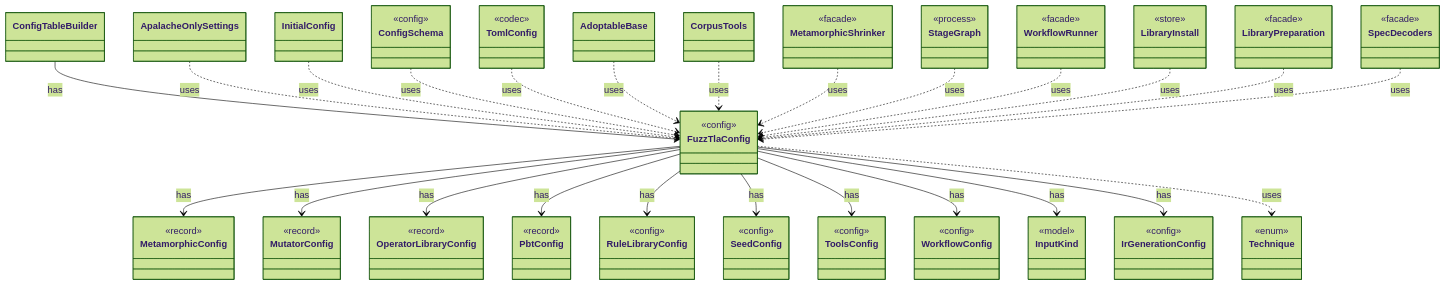
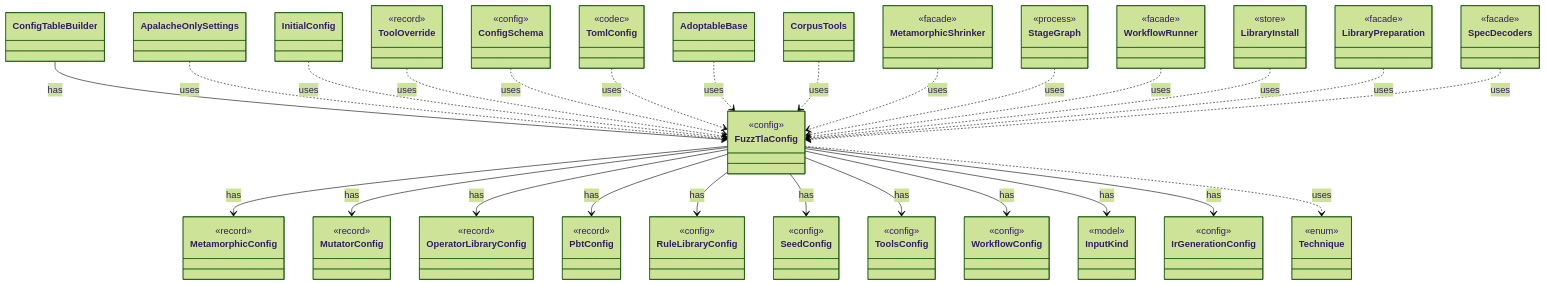
The diagram in dev/types/io.github.tlaplus.hardening.config.FuzzTlaConfig.md (tlaplus/model-checker-hardening), drawn with Mermaid (forest theme) before and after one commit. The commit also changed other lines of this file and 439 other files, not shown here.

```diff
--- a/dev/types/io.github.tlaplus.hardening.config.FuzzTlaConfig.md
+++ b/dev/types/io.github.tlaplus.hardening.config.FuzzTlaConfig.md
@@ -45,6 +45,9 @@
   }
   class ApalacheOnlySettings
   class InitialConfig
+  class ToolOverride {
+    <<record>>
+  }
   class ConfigSchema {
     <<config>>
   }
@@ -85,6 +88,7 @@
   FuzzTlaConfig ..> Technique : uses
   ApalacheOnlySettings ..> FuzzTlaConfig : uses
   InitialConfig ..> FuzzTlaConfig : uses
+  ToolOverride ..> FuzzTlaConfig : uses
   ConfigSchema ..> FuzzTlaConfig : uses
   TomlConfig ..> FuzzTlaConfig : uses
   AdoptableBase ..> FuzzTlaConfig : uses
```
